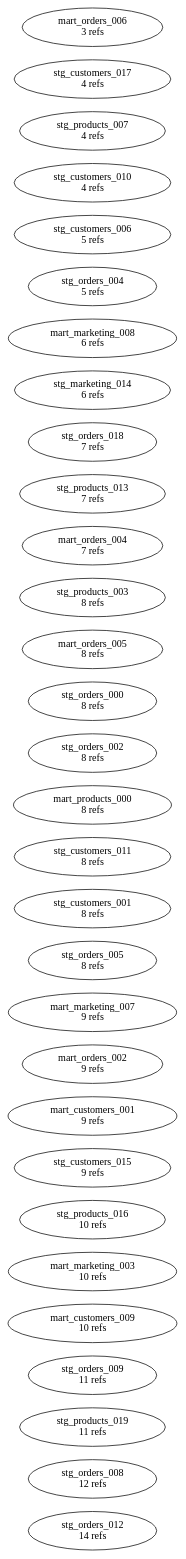
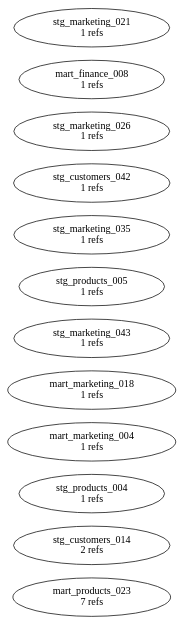
Before and after one commit to benjaminshoemaker/data_needs_reporter: the diagram in report_out/hotspots.dot, drawn with Graphviz. The commit also changed 224 other files, not shown here.

```diff
--- a/report_out/hotspots.dot
+++ b/report_out/hotspots.dot
@@ -1,63 +1,27 @@
 digraph hotspots {
 rankdir=LR;
-  "stg_orders_012" [label="stg_orders_012
-14 refs"];
-  "stg_orders_008" [label="stg_orders_008
-12 refs"];
-  "stg_products_019" [label="stg_products_019
-11 refs"];
-  "stg_orders_009" [label="stg_orders_009
-11 refs"];
-  "mart_customers_009" [label="mart_customers_009
-10 refs"];
-  "mart_marketing_003" [label="mart_marketing_003
-10 refs"];
-  "stg_products_016" [label="stg_products_016
-10 refs"];
-  "stg_customers_015" [label="stg_customers_015
-9 refs"];
-  "mart_customers_001" [label="mart_customers_001
-9 refs"];
-  "mart_orders_002" [label="mart_orders_002
-9 refs"];
-  "mart_marketing_007" [label="mart_marketing_007
-9 refs"];
-  "stg_orders_005" [label="stg_orders_005
-8 refs"];
-  "stg_customers_001" [label="stg_customers_001
-8 refs"];
-  "stg_customers_011" [label="stg_customers_011
-8 refs"];
-  "mart_products_000" [label="mart_products_000
-8 refs"];
-  "stg_orders_002" [label="stg_orders_002
-8 refs"];
-  "stg_orders_000" [label="stg_orders_000
-8 refs"];
-  "mart_orders_005" [label="mart_orders_005
-8 refs"];
-  "stg_products_003" [label="stg_products_003
-8 refs"];
-  "mart_orders_004" [label="mart_orders_004
+  "mart_products_023" [label="mart_products_023
 7 refs"];
-  "stg_products_013" [label="stg_products_013
-7 refs"];
-  "stg_orders_018" [label="stg_orders_018
-7 refs"];
-  "stg_marketing_014" [label="stg_marketing_014
-6 refs"];
-  "mart_marketing_008" [label="mart_marketing_008
-6 refs"];
-  "stg_orders_004" [label="stg_orders_004
-5 refs"];
-  "stg_customers_006" [label="stg_customers_006
-5 refs"];
-  "stg_customers_010" [label="stg_customers_010
-4 refs"];
-  "stg_products_007" [label="stg_products_007
-4 refs"];
-  "stg_customers_017" [label="stg_customers_017
-4 refs"];
-  "mart_orders_006" [label="mart_orders_006
-3 refs"];
+  "stg_customers_014" [label="stg_customers_014
+2 refs"];
+  "stg_products_004" [label="stg_products_004
+1 refs"];
+  "mart_marketing_004" [label="mart_marketing_004
+1 refs"];
+  "mart_marketing_018" [label="mart_marketing_018
+1 refs"];
+  "stg_marketing_043" [label="stg_marketing_043
+1 refs"];
+  "stg_products_005" [label="stg_products_005
+1 refs"];
+  "stg_marketing_035" [label="stg_marketing_035
+1 refs"];
+  "stg_customers_042" [label="stg_customers_042
+1 refs"];
+  "stg_marketing_026" [label="stg_marketing_026
+1 refs"];
+  "mart_finance_008" [label="mart_finance_008
+1 refs"];
+  "stg_marketing_021" [label="stg_marketing_021
+1 refs"];
 }
```
